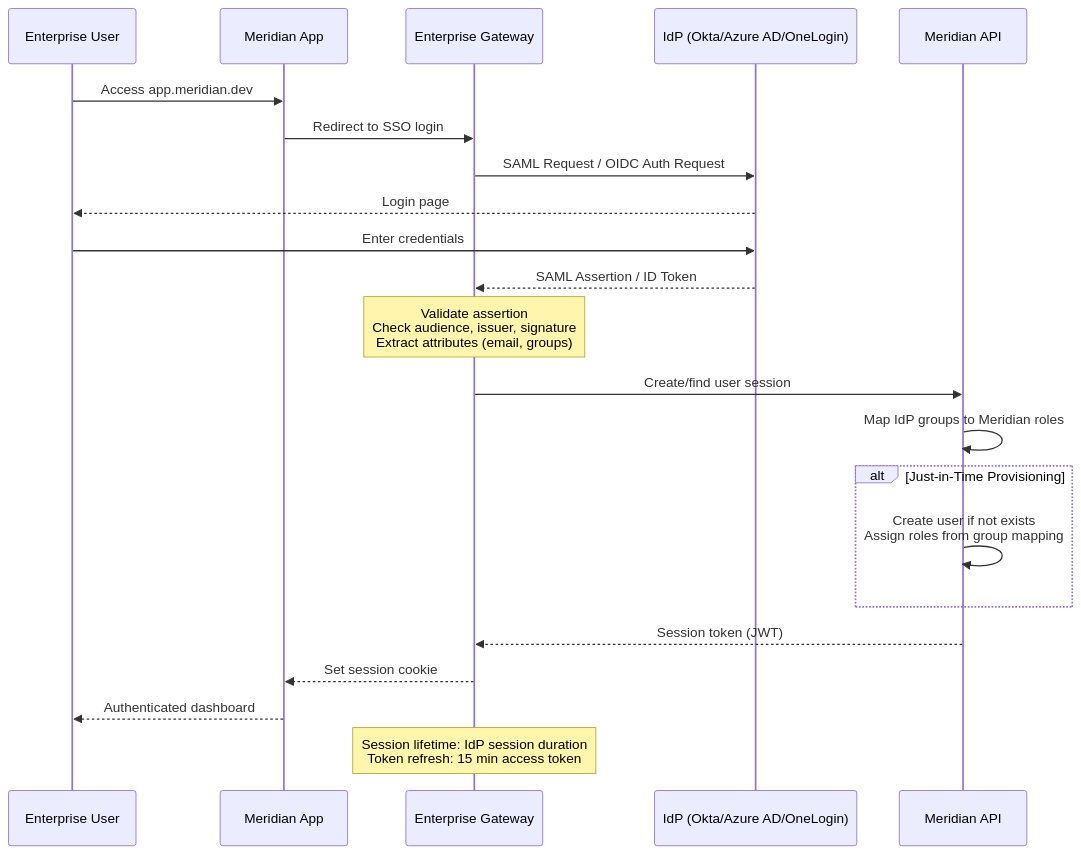
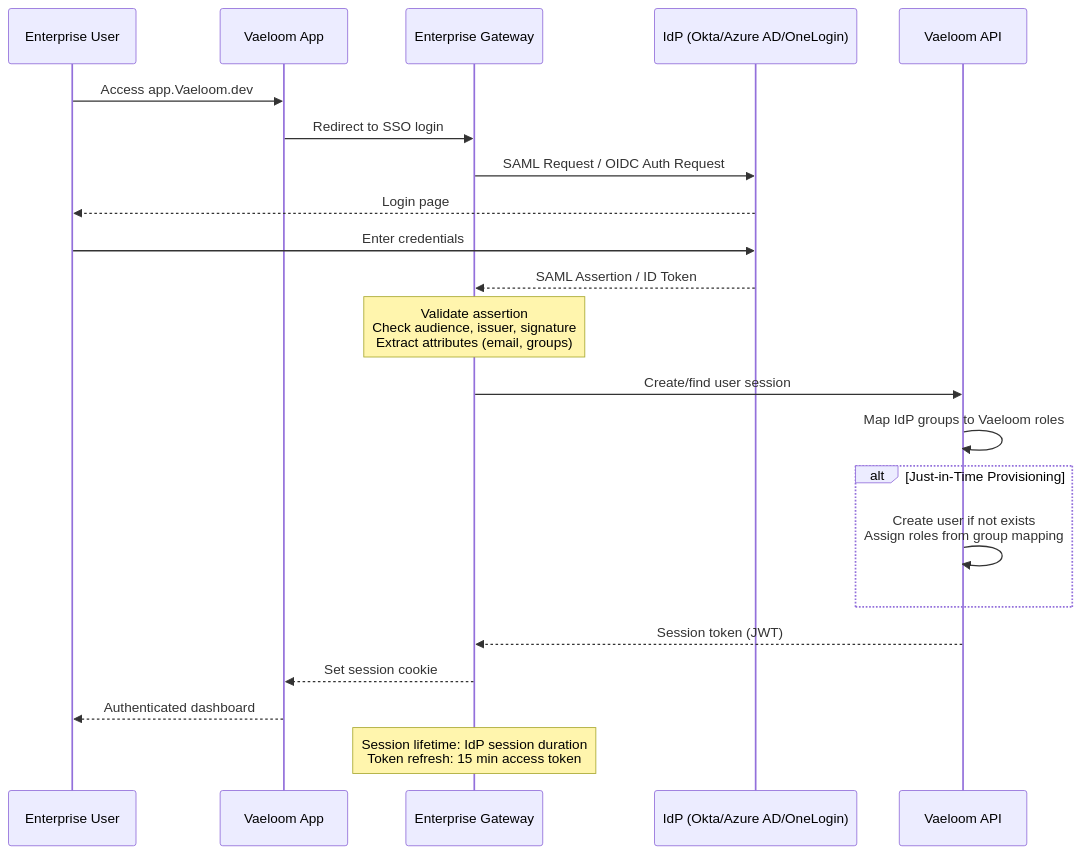
Before and after one commit to Driftloom/Vaeloom: the second of 3 diagrams in Docs/Enterprise/Enterprise-Architecture.md, drawn with Mermaid. The commit also changed other lines of this file and 249 other files, not shown here.

Commit message:
Rename all references from Meridian to Vaeloom across docs, scripts, and config

````diff
--- a/Docs/Enterprise/Enterprise-Architecture.md
+++ b/Docs/Enterprise/Enterprise-Architecture.md
@@ -120,30 +120,30 @@
 ```mermaid
 sequenceDiagram
     participant U as Enterprise User
-    participant APP as Meridian App
+    participant APP as Vaeloom App
     participant GW as Enterprise Gateway
     participant IDP as IdP (Okta/Azure AD/OneLogin)
-    participant API as Meridian API
+    participant API as Vaeloom API
 
-    U->>APP: Access app.meridian.dev
+    U->>APP: Access app.Vaeloom.dev
     APP->>GW: Redirect to SSO login
     GW->>IDP: SAML Request / OIDC Auth Request
     IDP-->>U: Login page
     U->>IDP: Enter credentials
     IDP-->>GW: SAML Assertion / ID Token
 
     Note over GW: Validate assertion<br/>Check audience, issuer, signature<br/>Extract attributes (email, groups)
 
     GW->>API: Create/find user session
-    API->>API: Map IdP groups to Meridian roles
+    API->>API: Map IdP groups to Vaeloom roles
 
     alt Just-in-Time Provisioning
         API->>API: Create user if not exists<br/>Assign roles from group mapping
     end
 
     API-->>GW: Session token (JWT)
     GW-->>APP: Set session cookie
     APP-->>U: Authenticated dashboard
 
     Note over GW: Session lifetime: IdP session duration<br/>Token refresh: 15 min access token
 ```
````
